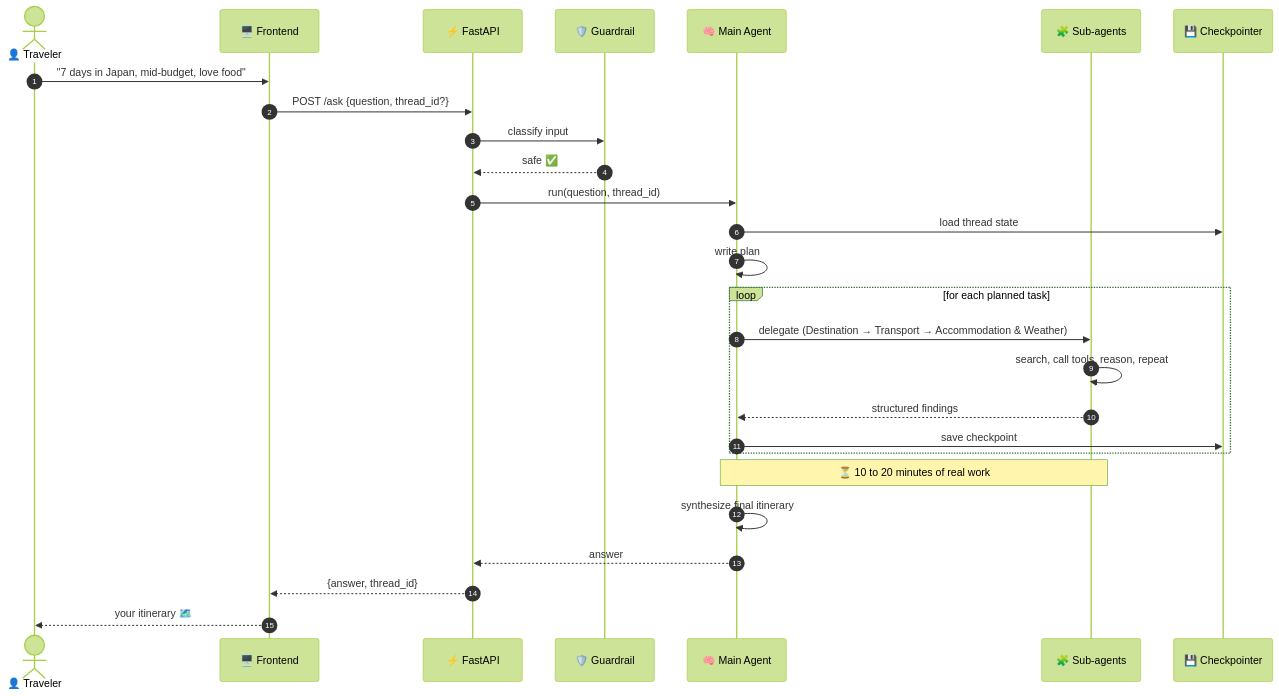
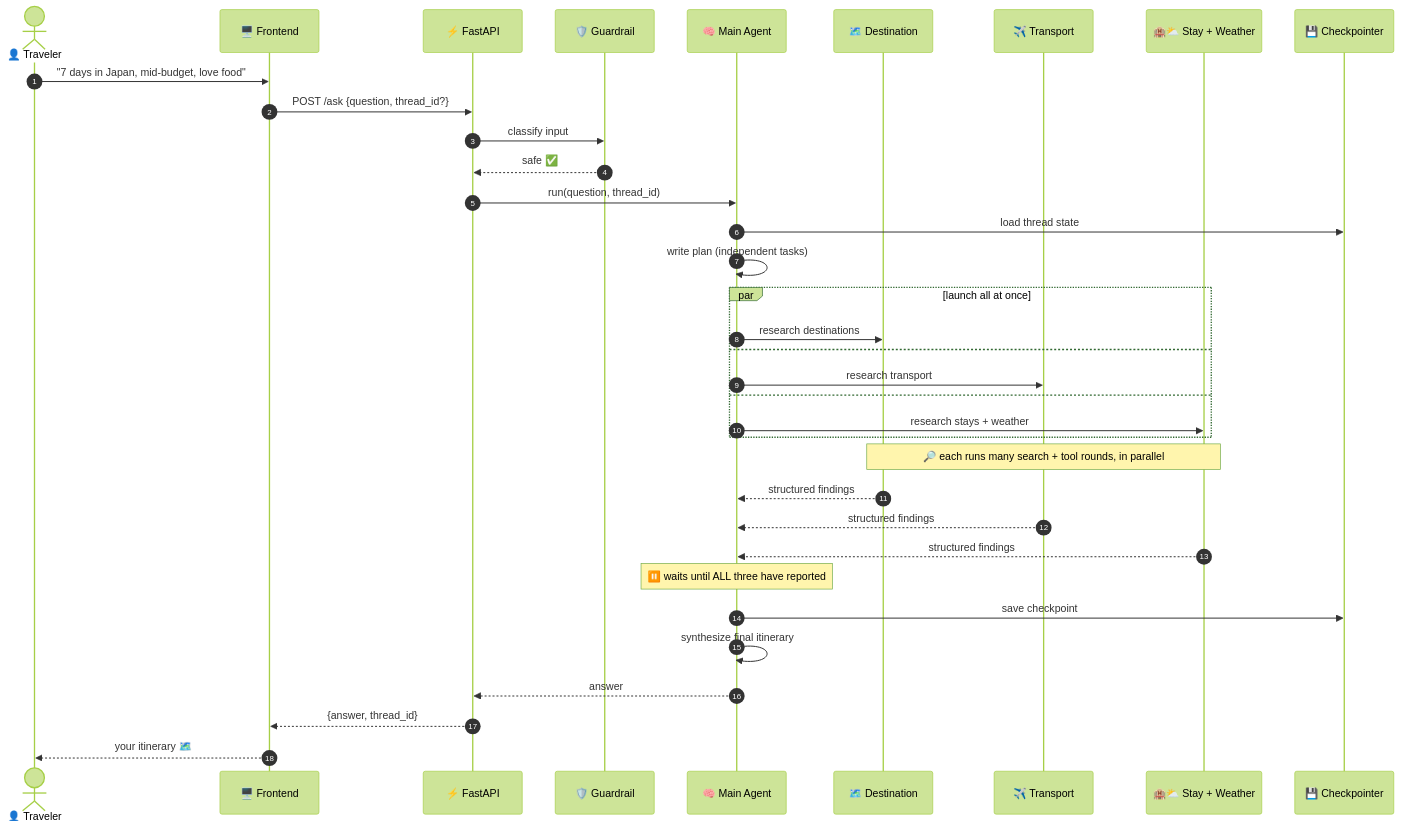
The fifth of 6 diagrams in README.md (yadavnitesh86/Waynora), drawn with Mermaid (forest theme) before and after one commit. The commit also changed other lines of this file, not shown here.

````diff
--- a/README.md
+++ b/README.md
@@ -158,30 +198,38 @@
 ```mermaid
 sequenceDiagram
     autonumber
     actor You as 👤 Traveler
     participant FE as 🖥️ Frontend
     participant API as ⚡ FastAPI
     participant GR as 🛡️ Guardrail
     participant MA as 🧠 Main Agent
-    participant SA as 🧩 Sub-agents
+    participant DP as 🗺️ Destination
+    participant TA as ✈️ Transport
+    participant AW as 🏨⛅ Stay + Weather
     participant DB as 💾 Checkpointer
 
     You->>FE: "7 days in Japan, mid-budget, love food"
     FE->>API: POST /ask {question, thread_id?}
     API->>GR: classify input
     GR-->>API: safe ✅
     API->>MA: run(question, thread_id)
     MA->>DB: load thread state
-    MA->>MA: write plan
-    loop for each planned task
-        MA->>SA: delegate (Destination → Transport → Accommodation & Weather)
-        SA->>SA: search, call tools, reason, repeat
-        SA-->>MA: structured findings
-        MA->>DB: save checkpoint
+    MA->>MA: write plan (independent tasks)
+    par launch all at once
+        MA->>DP: research destinations
+    and
+        MA->>TA: research transport
+    and
+        MA->>AW: research stays + weather
     end
-    Note over MA,SA: ⏳ 10 to 20 minutes of real work
+    Note over DP,AW: 🔎 each runs many search + tool rounds, in parallel
+    DP-->>MA: structured findings
+    TA-->>MA: structured findings
+    AW-->>MA: structured findings
+    Note over MA: ⏸️ waits until ALL three have reported
+    MA->>DB: save checkpoint
     MA->>MA: synthesize final itinerary
     MA-->>API: answer
     API-->>FE: {answer, thread_id}
     FE-->>You: your itinerary 🗺️
 ```
````
